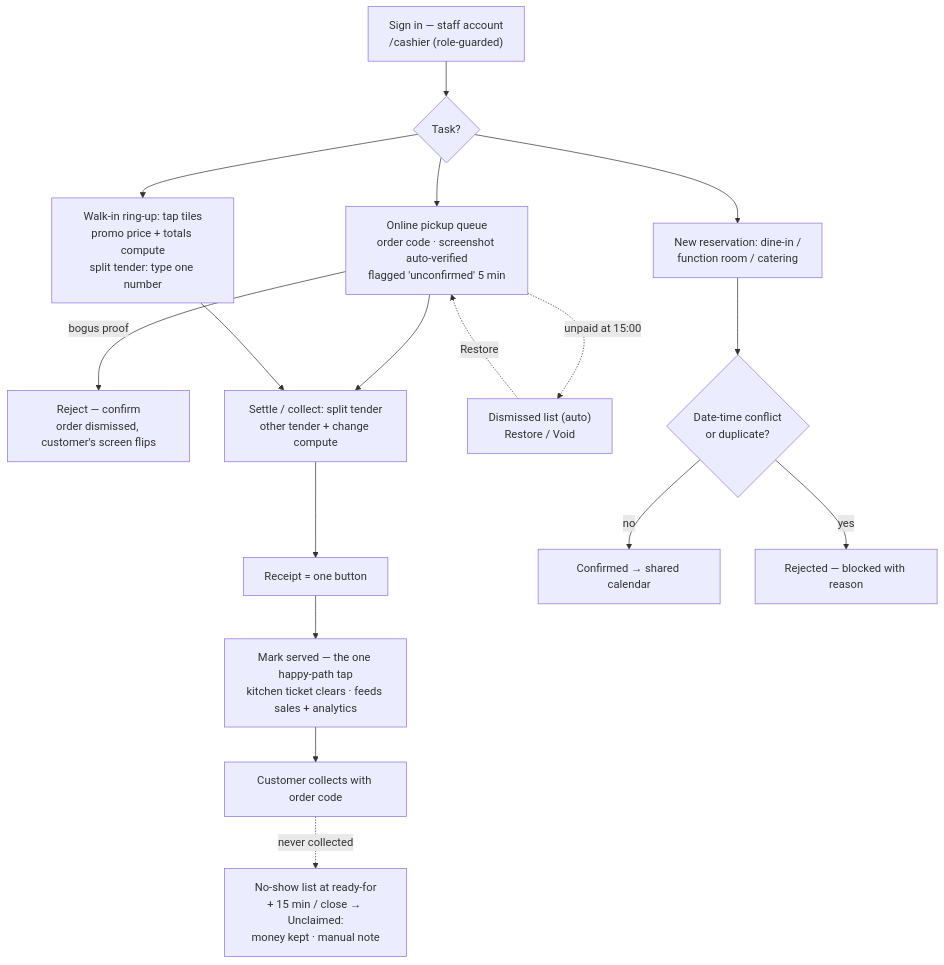
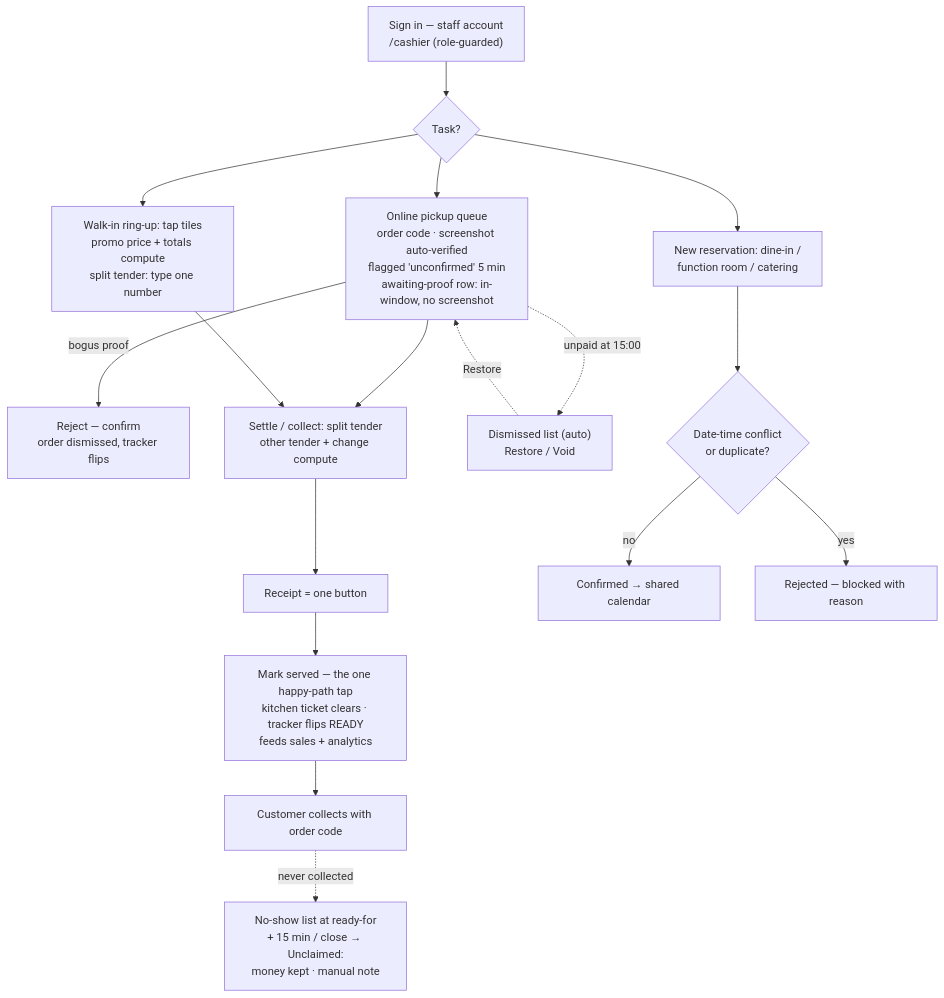
The diagram in docs/flow-charts/cashier.md (S1NXIAN/CRNP), drawn with Mermaid before and after one commit. The commit also changed 4 other files, not shown here.

First line of the commit message:
docs: add order tracker, fix issue 001

````diff
--- a/docs/flow-charts/cashier.md
+++ b/docs/flow-charts/cashier.md
@@ -6,19 +6,19 @@
 ```mermaid
 flowchart TD
     A["Sign in — staff account<br/>/cashier (role-guarded)"] --> B{"Task?"}
-    B --> C["Online pickup queue<br/>order code · screenshot auto-verified<br/>flagged 'unconfirmed' 5 min"]
+    B --> C["Online pickup queue<br/>order code · screenshot auto-verified<br/>flagged 'unconfirmed' 5 min<br/>awaiting-proof row: in-window, no screenshot"]
     B --> D["Walk-in ring-up: tap tiles<br/>promo price + totals compute<br/>split tender: type one number"]
     B --> E["New reservation: dine-in /<br/>function room / catering"]
-    C -->|"bogus proof"| R["Reject — confirm<br/>order dismissed, customer's screen flips"]
+    C -->|"bogus proof"| R["Reject — confirm<br/>order dismissed, tracker flips"]
     C --> F["Settle / collect: split tender<br/>other tender + change compute"]
     D --> F
     F --> G["Receipt = one button"]
-    G --> H["Mark served — the one happy-path tap<br/>kitchen ticket clears · feeds sales + analytics"]
+    G --> H["Mark served — the one happy-path tap<br/>kitchen ticket clears · tracker flips READY<br/>feeds sales + analytics"]
     H --> I["Customer collects with order code"]
     I -.->|"never collected"| U["No-show list at ready-for<br/>+ 15 min / close → Unclaimed:<br/>money kept · manual note"]
     C -.->|"unpaid at 15:00"| X["Dismissed list (auto)<br/>Restore / Void"]
     X -.->|"Restore"| C
     E --> J{"Date-time conflict<br/>or duplicate?"}
     J -->|"no"| K["Confirmed → shared calendar"]
     J -->|"yes"| L["Rejected — blocked with reason"]
 ```
````
